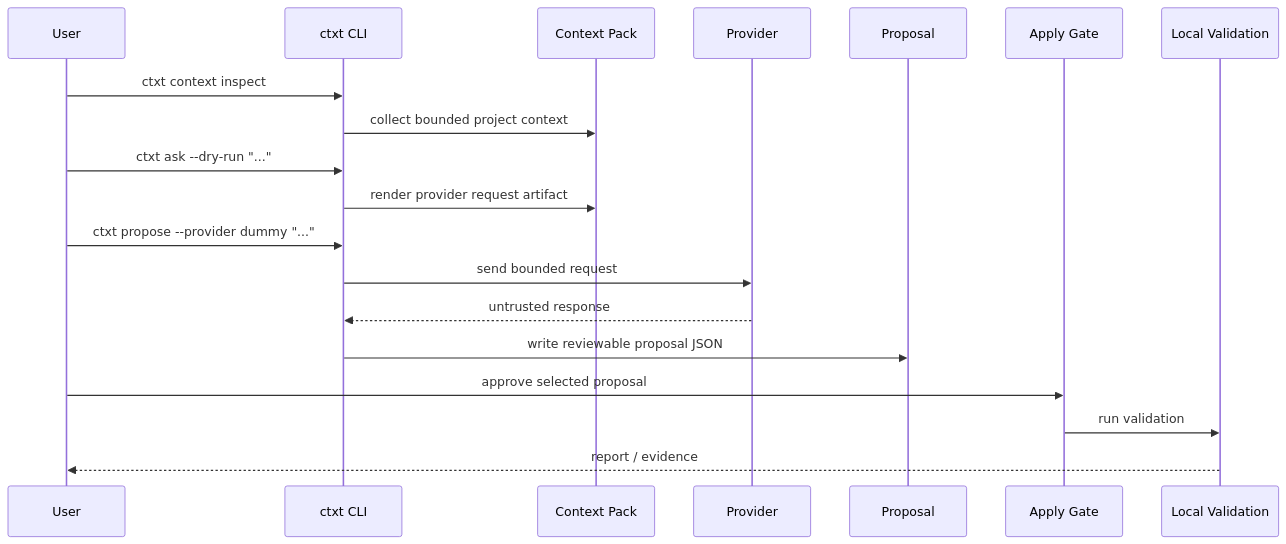
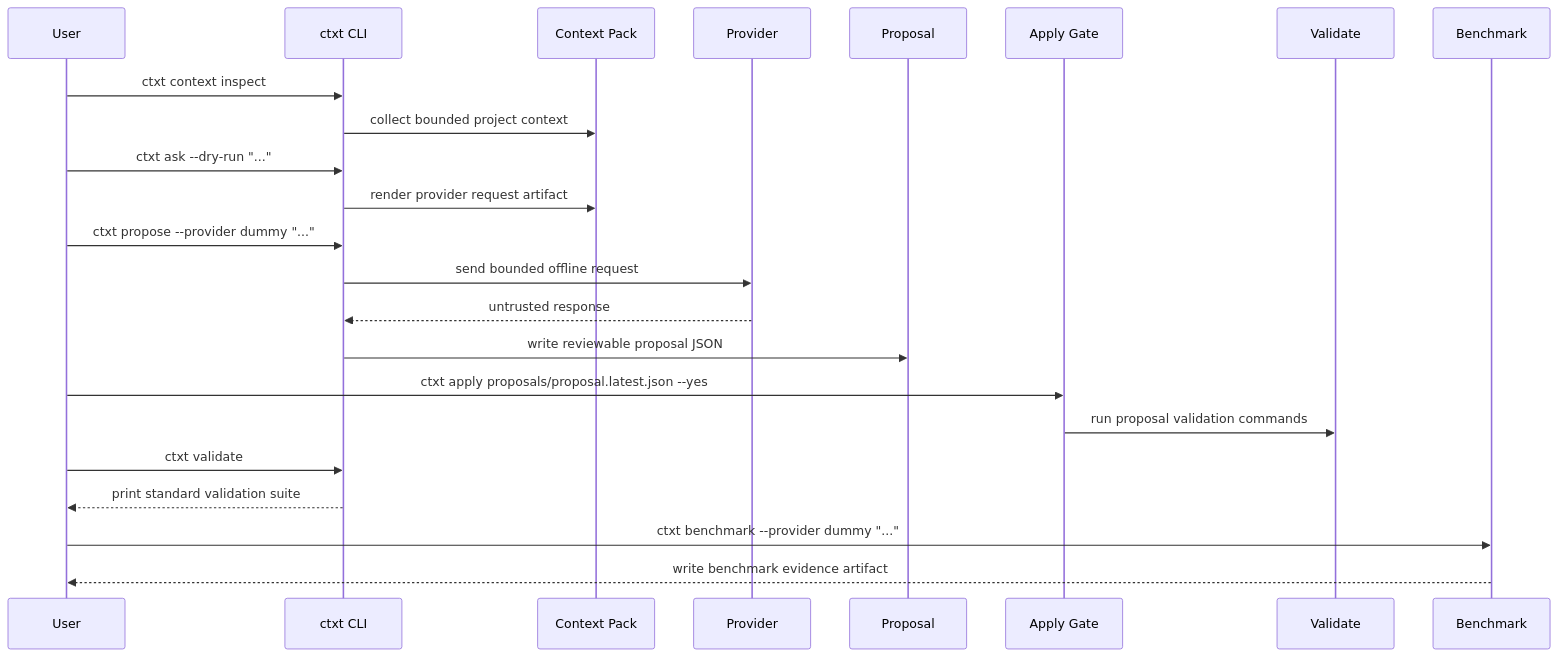
Before and after one commit to ProfRandom92/comptext-cli: the fourth of 11 diagrams in README.md, drawn with Mermaid. The commit also changed other lines of this file, not shown here.

````diff
--- a/README.md
+++ b/README.md
@@ -270,22 +217,26 @@
 ```mermaid
 sequenceDiagram
     participant User
     participant CLI as ctxt CLI
     participant CP as Context Pack
     participant Provider
     participant Proposal
     participant Gate as Apply Gate
-    participant Tests as Local Validation
+    participant Validate
+    participant Benchmark
 
     User->>CLI: ctxt context inspect
     CLI->>CP: collect bounded project context
     User->>CLI: ctxt ask --dry-run "..."
     CLI->>CP: render provider request artifact
     User->>CLI: ctxt propose --provider dummy "..."
-    CLI->>Provider: send bounded request
+    CLI->>Provider: send bounded offline request
     Provider-->>CLI: untrusted response
     CLI->>Proposal: write reviewable proposal JSON
-    User->>Gate: approve selected proposal
-    Gate->>Tests: run validation
-    Tests-->>User: report / evidence
+    User->>Gate: ctxt apply proposals/proposal.latest.json --yes
+    Gate->>Validate: run proposal validation commands
+    User->>CLI: ctxt validate
+    CLI-->>User: print standard validation suite
+    User->>Benchmark: ctxt benchmark --provider dummy "..."
+    Benchmark-->>User: write benchmark evidence artifact
 ```
````
